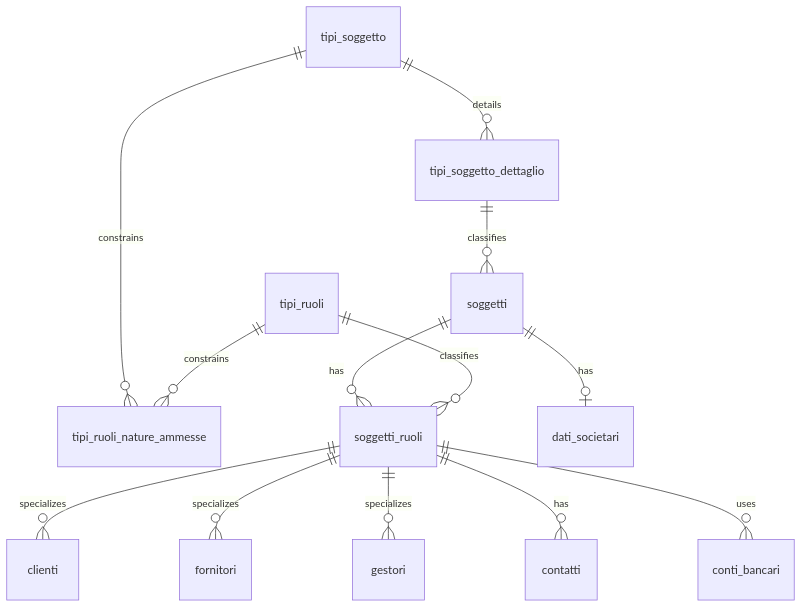
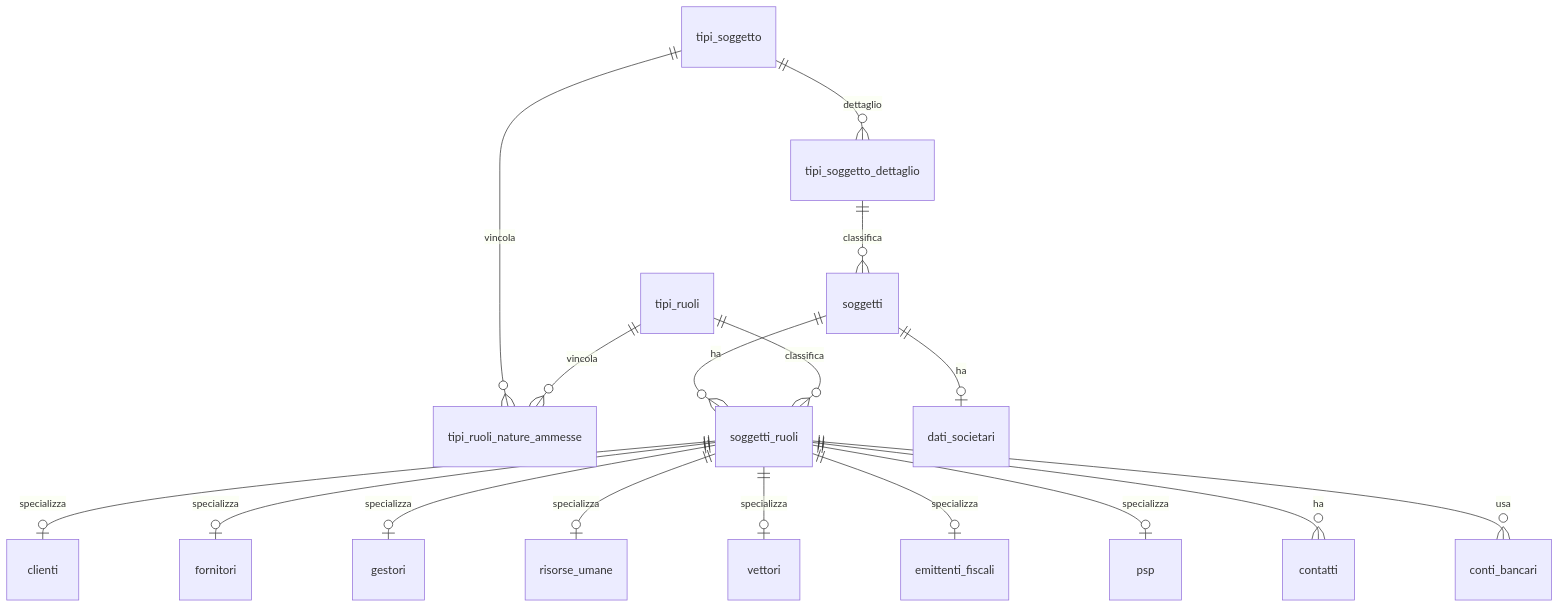
Before and after one commit to Tito-it/ZeroErp: the diagram in docs/it/guide/soggetti-e-ruoli-anagrafici.md, drawn with Mermaid. The commit also changed other lines of this file and 26 other files, not shown here.

````diff
--- a/docs/it/guide/soggetti-e-ruoli-anagrafici.md
+++ b/docs/it/guide/soggetti-e-ruoli-anagrafici.md
@@ -308,18 +296,22 @@
 ```mermaid
 erDiagram
-    tipi_soggetto ||--o{ tipi_soggetto_dettaglio : details
-    tipi_soggetto_dettaglio ||--o{ soggetti : classifies
-    tipi_soggetto ||--o{ tipi_ruoli_nature_ammesse : constrains
+    tipi_soggetto ||--o{ tipi_soggetto_dettaglio : dettaglio
+    tipi_soggetto_dettaglio ||--o{ soggetti : classifica
+    tipi_soggetto ||--o{ tipi_ruoli_nature_ammesse : vincola
 
-    soggetti ||--o{ soggetti_ruoli : has
-    soggetti ||--o| dati_societari : has
-    tipi_ruoli ||--o{ soggetti_ruoli : classifies
-    tipi_ruoli ||--o{ tipi_ruoli_nature_ammesse : constrains
+    soggetti ||--o{ soggetti_ruoli : ha
+    soggetti ||--o| dati_societari : ha
+    tipi_ruoli ||--o{ soggetti_ruoli : classifica
+    tipi_ruoli ||--o{ tipi_ruoli_nature_ammesse : vincola
 
-    soggetti_ruoli ||--o{ clienti : specializes
-    soggetti_ruoli ||--o{ fornitori : specializes
-    soggetti_ruoli ||--o{ gestori : specializes
+    soggetti_ruoli ||--o| clienti : specializza
+    soggetti_ruoli ||--o| fornitori : specializza
+    soggetti_ruoli ||--o| gestori : specializza
+    soggetti_ruoli ||--o| risorse_umane : specializza
+    soggetti_ruoli ||--o| vettori : specializza
+    soggetti_ruoli ||--o| emittenti_fiscali : specializza
+    soggetti_ruoli ||--o| psp : specializza
 
-    soggetti_ruoli ||--o{ contatti : has
-    soggetti_ruoli ||--o{ conti_bancari : uses
+    soggetti_ruoli ||--o{ contatti : ha
+    soggetti_ruoli ||--o{ conti_bancari : usa
 ```
````
